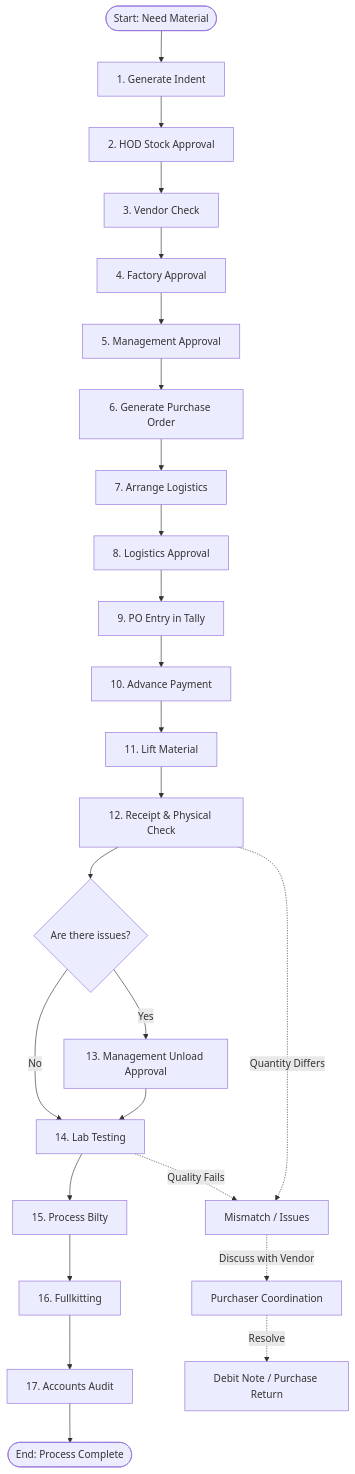
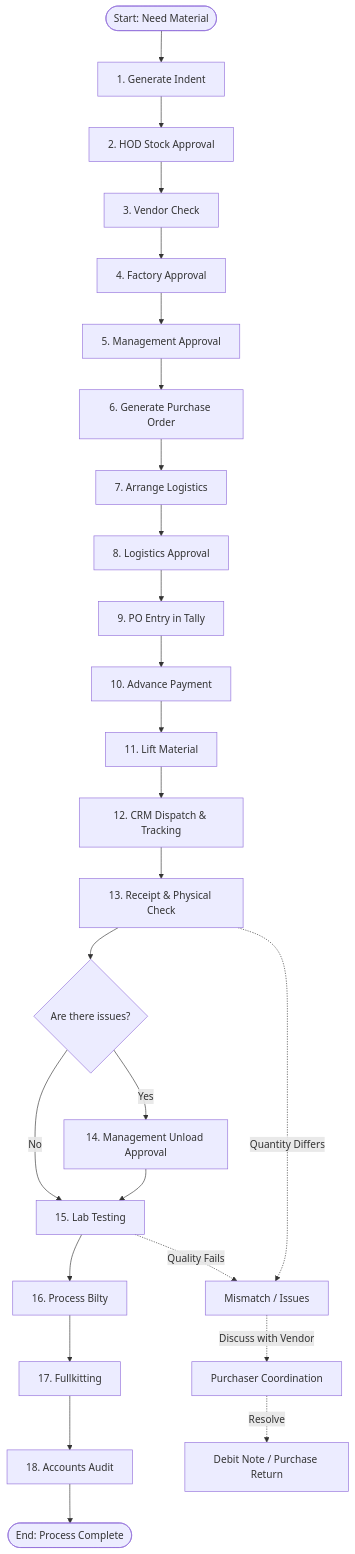
Before and after one commit to mispasmin-creator/Purchase-FMS: the diagram in WORKFLOW_README.md, drawn with Mermaid. The commit also changed other lines of this file and 9 other files, not shown here.

````diff
--- a/WORKFLOW_README.md
+++ b/WORKFLOW_README.md
@@ -53,38 +54,39 @@
 ```mermaid
 graph TD
     %% Phase 1: Request & Approvals
     Start([Start: Need Material]) --> Indent[1. Generate Indent]
     Indent --> HOD[2. HOD Stock Approval]
     HOD --> ThreeParty[3. Vendor Check]
     ThreeParty --> FactoryApp[4. Factory Approval]
     FactoryApp --> MgmtApp[5. Management Approval]
 
     %% Phase 2: Purchase Order & Logistics
     MgmtApp --> PO[6. Generate Purchase Order]
     PO --> ArrangeLog[7. Arrange Logistics]
     ArrangeLog --> LogApp[8. Logistics Approval]
     LogApp --> POEntry[9. PO Entry in Tally]
     POEntry --> AdvPay[10. Advance Payment]
 
     %% Phase 3: Material Receipt & QC
     AdvPay --> Lift[11. Lift Material]
-    Lift --> Receipt[12. Receipt & Physical Check]
+    Lift --> CRM[12. CRM Dispatch & Tracking]
+    CRM --> Receipt[13. Receipt & Physical Check]
     
     Receipt --> Unload{Are there issues?}
-    Unload -- Yes --> UnloadApp[13. Management Unload Approval]
-    Unload -- No --> Lab[14. Lab Testing]
+    Unload -- Yes --> UnloadApp[14. Management Unload Approval]
+    Unload -- No --> Lab[15. Lab Testing]
     UnloadApp --> Lab
 
-    Lab --> Bilty[15. Process Bilty]
+    Lab --> Bilty[16. Process Bilty]
 
     %% Phase 4: Accounts & Finalization
-    Bilty --> Fullkit[16. Fullkitting]
-    Fullkit --> Audit[17. Accounts Audit]
+    Bilty --> Fullkit[17. Fullkitting]
+    Fullkit --> Audit[18. Accounts Audit]
     Audit --> End([End: Process Complete])
 
     %% Exception Handling (Dotted lines)
     Lab -. Quality Fails .-> Mismatch[Mismatch / Issues]
     Receipt -. Quantity Differs .-> Mismatch
     Mismatch -. Discuss with Vendor .-> PurchaserCoord[Purchaser Coordination]
     PurchaserCoord -. Resolve .-> DebitNote[Debit Note / Purchase Return]
 ```
````
